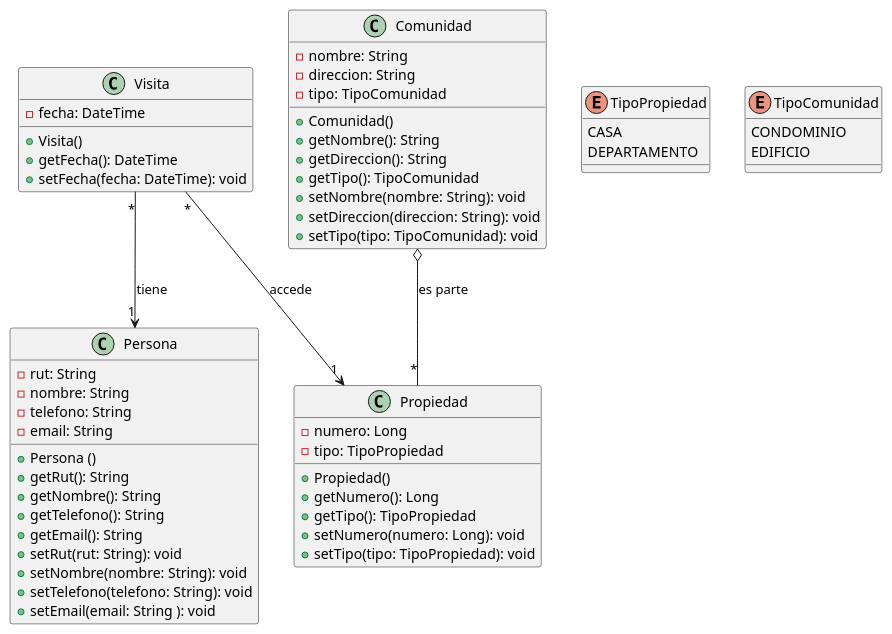
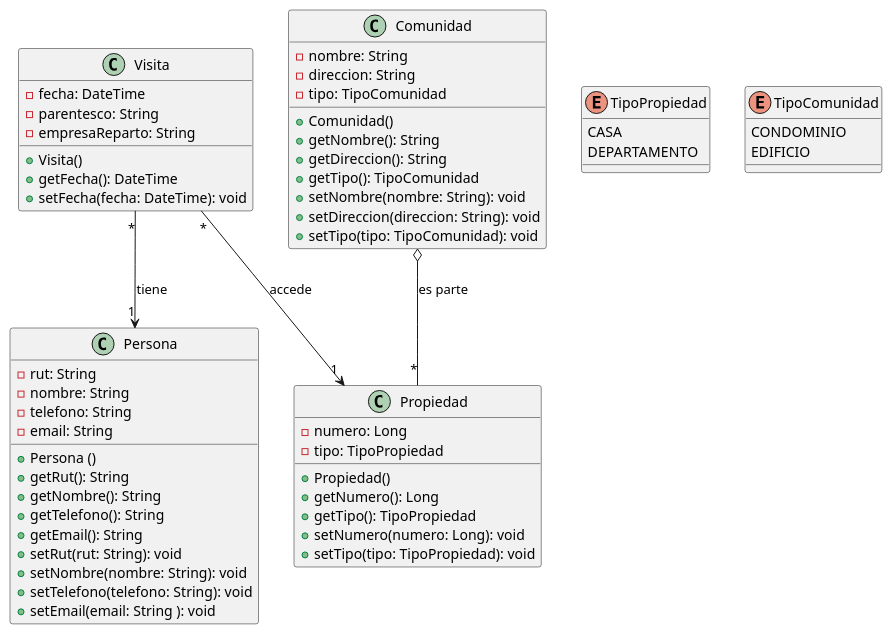
The diagram in web/diagrama.clases.md (bomba1/Proyecto-Conserjeria), drawn with PlantUML before and after one commit.

Commit message:
docs(diagrama.clases.md): Diagram Update

```diff
--- a/web/diagrama.clases.md
+++ b/web/diagrama.clases.md
@@ -3,63 +3,65 @@
 @startuml
 
 Visita "*" --> "1" Persona: tiene
 Visita "*"--> "1" Propiedad: accede
 Comunidad o-- "*" Propiedad: es parte
 
 class Persona {
   - rut: String
   - nombre: String 
   - telefono: String 
   - email: String 
   + Persona ()
   + getRut(): String
   + getNombre(): String
   + getTelefono(): String
   + getEmail(): String 
   + setRut(rut: String): void
   + setNombre(nombre: String): void
   + setTelefono(telefono: String): void
   + setEmail(email: String ): void
 }
 
 class Propiedad {
    - numero: Long
    - tipo: TipoPropiedad
    + Propiedad()
    + getNumero(): Long
    + getTipo(): TipoPropiedad
    + setNumero(numero: Long): void
    + setTipo(tipo: TipoPropiedad): void
 }
 
 enum TipoPropiedad {
     CASA
     DEPARTAMENTO
 }
 
 class Comunidad {
     - nombre: String
     - direccion: String
     - tipo: TipoComunidad
     + Comunidad()
     + getNombre(): String
     + getDireccion(): String
     + getTipo(): TipoComunidad
     + setNombre(nombre: String): void
     + setDireccion(direccion: String): void
     + setTipo(tipo: TipoComunidad): void
 }
 
 enum TipoComunidad {
    CONDOMINIO
    EDIFICIO 
 }
 
 class Visita {
     - fecha: DateTime
+    - parentesco: String
+    - empresaReparto: String
     + Visita()
     + getFecha(): DateTime
     + setFecha(fecha: DateTime): void
 }
 
 @enduml
```
